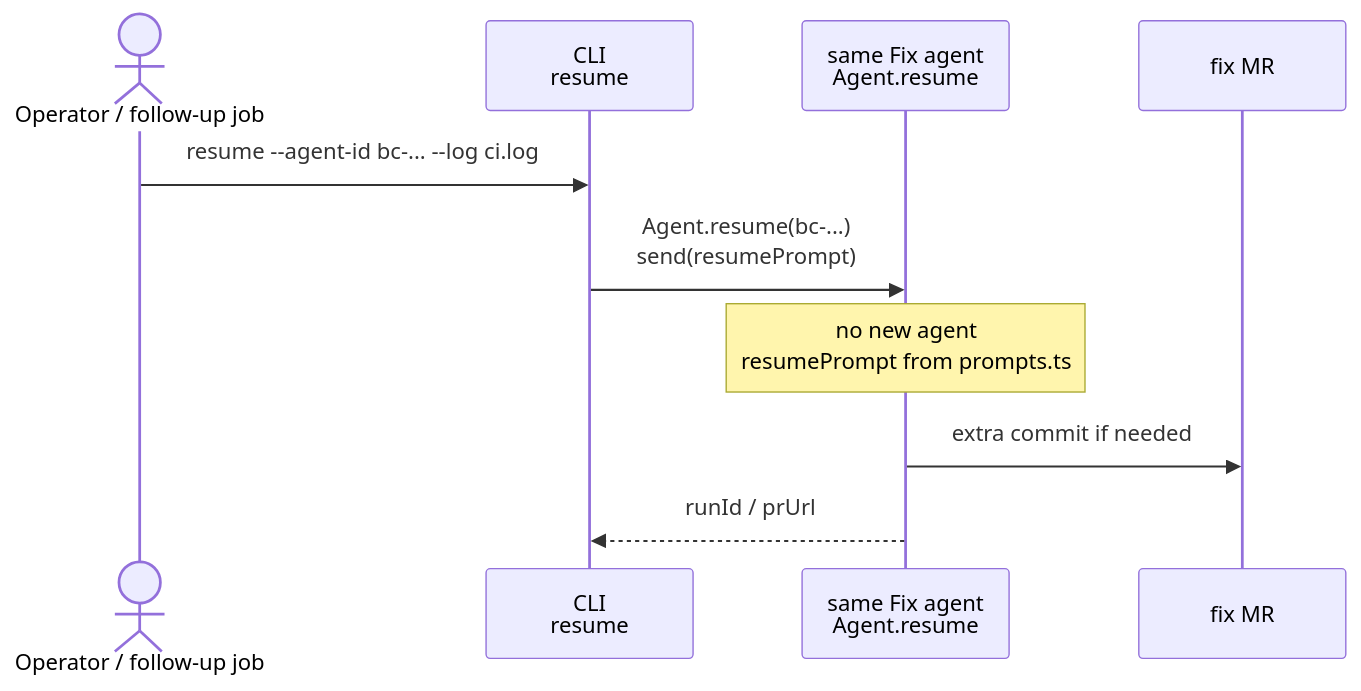
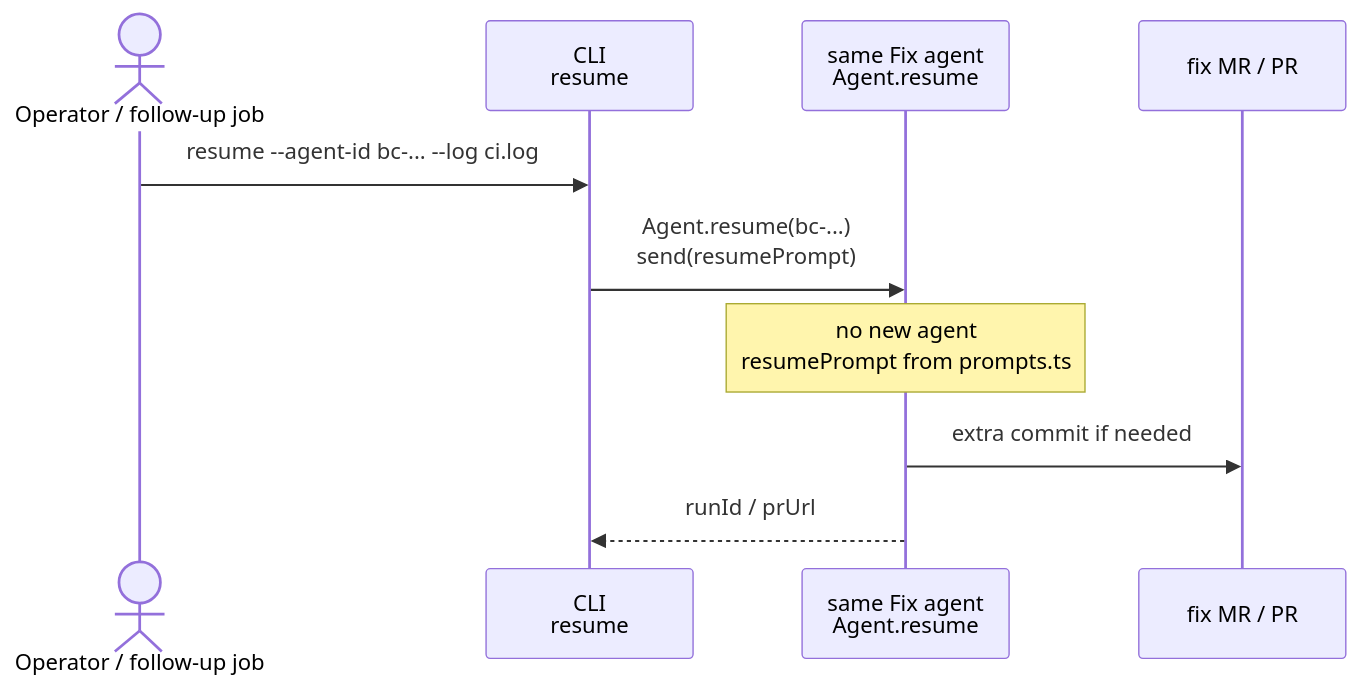
Before and after one commit to Acme-finance-demo/spring-petclinic-cursor: the third of 5 diagrams in cursor-sdk/SEQUENCE.md, drawn with Mermaid. The commit also changed other lines of this file and 13 other files, not shown here.

First line of the commit message:
Run the Trivy to Cursor SDK vuln flow on GitHub Actions too.

````diff
--- a/cursor-sdk/SEQUENCE.md
+++ b/cursor-sdk/SEQUENCE.md
@@ -131,13 +131,13 @@
 ```mermaid
 sequenceDiagram
     actor Op as Operator / follow-up job
     participant CLI as CLI<br/>resume
     participant Fix as same Fix agent<br/>Agent.resume
-    participant GitLab as fix MR
+    participant Forge as fix MR / PR
 
     Op->>CLI: resume --agent-id bc-... --log ci.log
     CLI->>Fix: Agent.resume(bc-...)<br/>send(resumePrompt)
     Note over Fix: no new agent<br/>resumePrompt from prompts.ts
-    Fix->>GitLab: extra commit if needed
+    Fix->>Forge: extra commit if needed
     Fix-->>CLI: runId / prUrl
 ```
````
